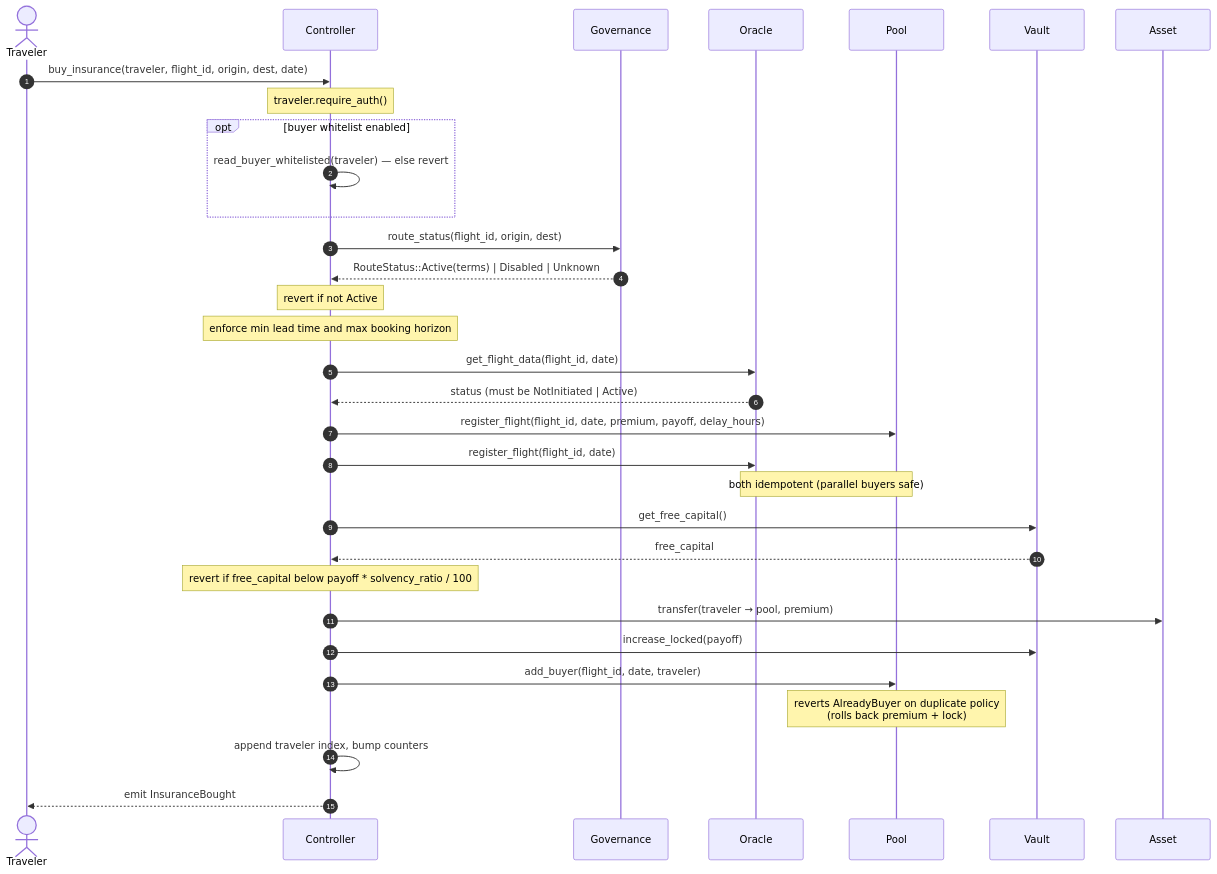
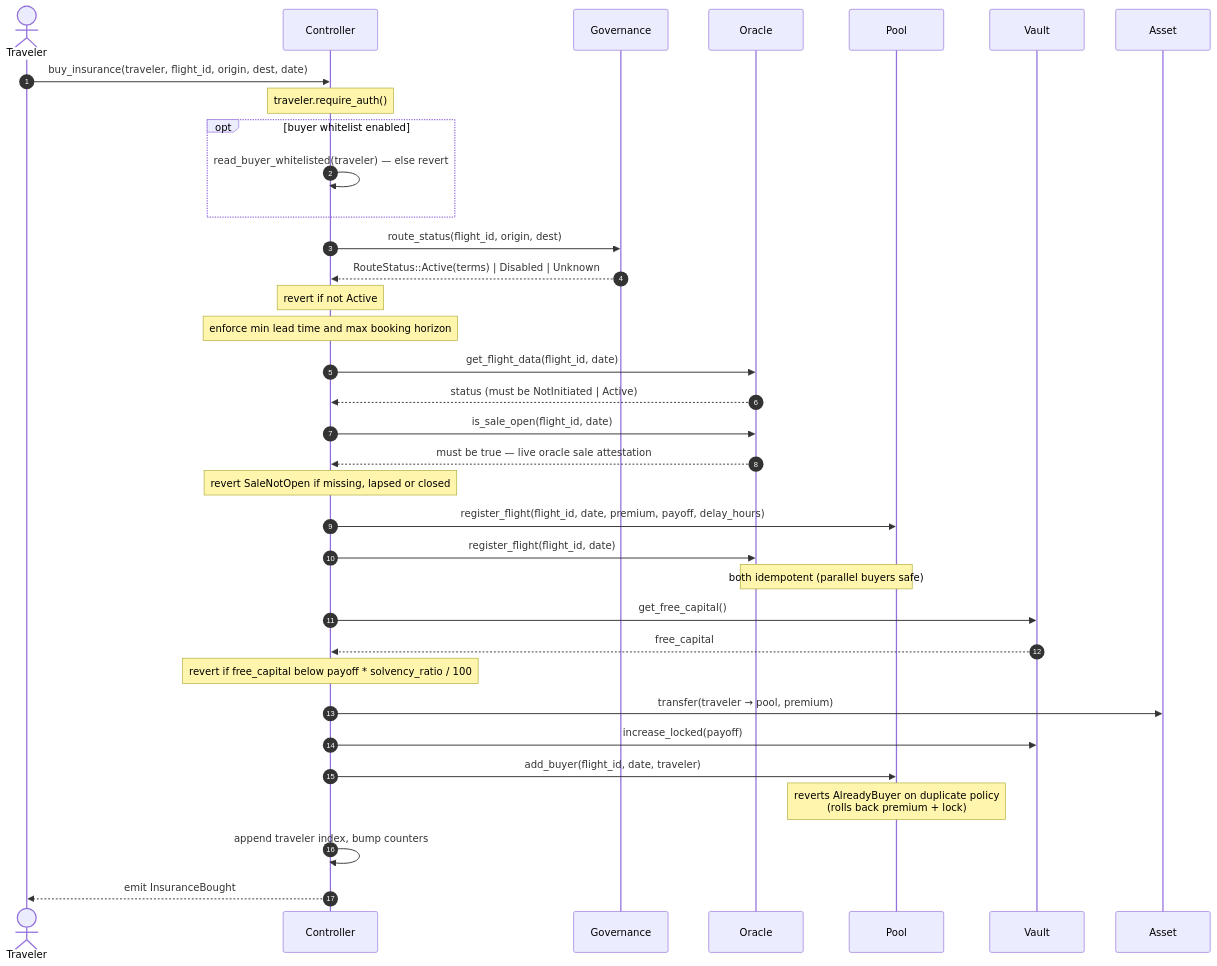
Before and after one commit to SentinelFi/sentinel_soroban_v3: the third of 6 diagrams in sequence_diagrams.md, drawn with Mermaid. The commit also changed other lines of this file and 41 other files, not shown here.

````diff
--- a/sequence_diagrams.md
+++ b/sequence_diagrams.md
@@ -115,41 +115,44 @@
 ```mermaid
 sequenceDiagram
     autonumber
     actor Traveler
     participant Ctrl as Controller
     participant Gov as Governance
     participant Oracle as Oracle
     participant Pool as Pool
     participant Vault as Vault
     participant Asset as Asset
 
     Traveler->>Ctrl: buy_insurance(traveler, flight_id, origin, dest, date)
     Note over Ctrl: traveler.require_auth()
     opt buyer whitelist enabled
         Ctrl->>Ctrl: read_buyer_whitelisted(traveler) — else revert
     end
 
     Ctrl->>Gov: route_status(flight_id, origin, dest)
     Gov-->>Ctrl: RouteStatus::Active(terms) | Disabled | Unknown
     Note over Ctrl: revert if not Active
 
     Note over Ctrl: enforce min lead time and max booking horizon
     Ctrl->>Oracle: get_flight_data(flight_id, date)
     Oracle-->>Ctrl: status (must be NotInitiated | Active)
+    Ctrl->>Oracle: is_sale_open(flight_id, date)
+    Oracle-->>Ctrl: must be true — live oracle sale attestation
+    Note over Ctrl: revert SaleNotOpen if missing, lapsed or closed
 
     Ctrl->>Pool: register_flight(flight_id, date, premium, payoff, delay_hours)
     Ctrl->>Oracle: register_flight(flight_id, date)
     Note over Pool,Oracle: both idempotent (parallel buyers safe)
 
     Ctrl->>Vault: get_free_capital()
     Vault-->>Ctrl: free_capital
     Note over Ctrl: revert if free_capital below payoff * solvency_ratio / 100
 
     Ctrl->>Asset: transfer(traveler → pool, premium)
     Ctrl->>Vault: increase_locked(payoff)
     Ctrl->>Pool: add_buyer(flight_id, date, traveler)
     Note over Pool: reverts AlreadyBuyer on duplicate policy<br/>(rolls back premium + lock)
 
     Ctrl->>Ctrl: append traveler index, bump counters
     Ctrl-->>Traveler: emit InsuranceBought
 ```
````
